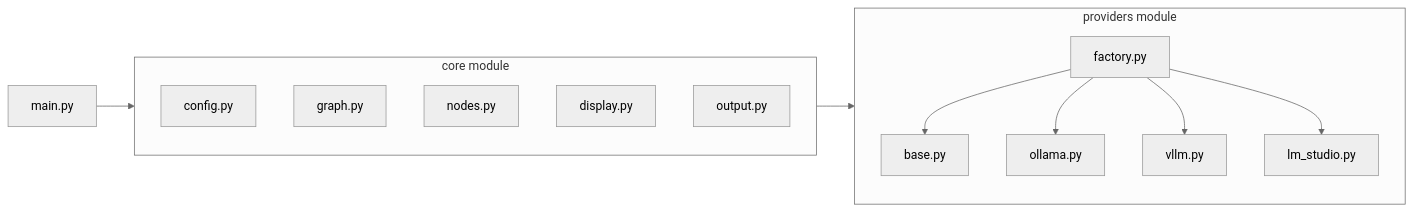
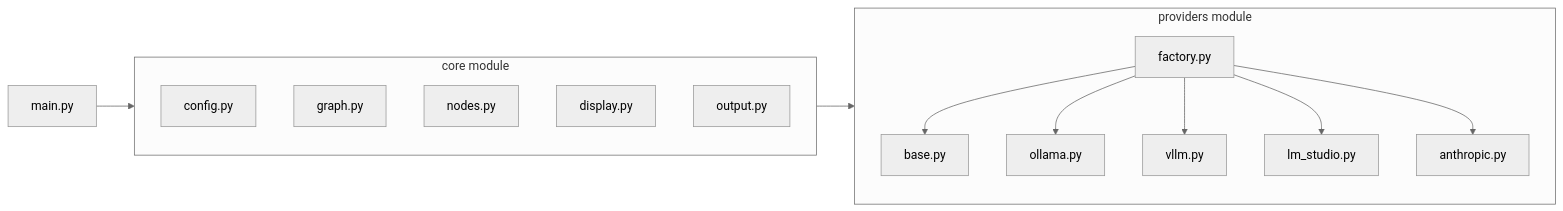
The diagram in backend/README.md (machinedge/prizms-oss), drawn with Mermaid (neutral theme) before and after one commit. The commit also changed other lines of this file and 7 other files, not shown here.

````diff
--- a/backend/README.md
+++ b/backend/README.md
@@ -11,26 +11,28 @@
 ```mermaid
 flowchart LR
     MainPy[main.py] --> Core
     Core --> Providers
     
     subgraph Core [core module]
         ConfigPy[config.py]
         GraphPy[graph.py]
         NodesPy[nodes.py]
         DisplayPy[display.py]
         OutputPy[output.py]
     end
     
     subgraph Providers [providers module]
         Factory[factory.py]
         BasePy[base.py]
         OllamaPy[ollama.py]
         VllmPy[vllm.py]
         LmStudioPy[lm_studio.py]
+        AnthropicPy[anthropic.py]
     end
     
     Factory --> BasePy
     Factory --> OllamaPy
     Factory --> VllmPy
     Factory --> LmStudioPy
+    Factory --> AnthropicPy
 ```
````
